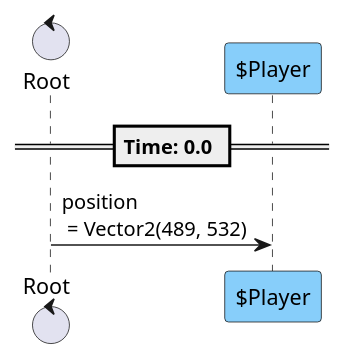
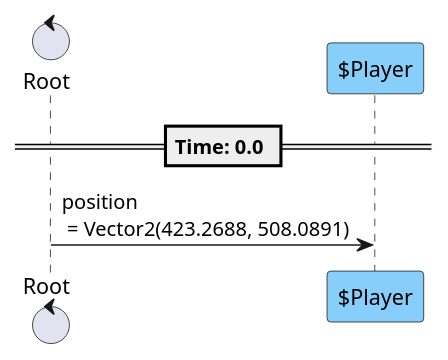
The second of 8 diagrams in content/scenes/src/chapters/0/stages/0/stage_0.tscn.adoc (tkmfujise/Platformer-Game-Learning), drawn with PlantUML before and after one commit. The commit also changed other lines of this file and 292 other files, not shown here.

```diff
--- a/content/scenes/src/chapters/0/stages/0/stage_0.tscn.adoc
+++ b/content/scenes/src/chapters/0/stages/0/stage_0.tscn.adoc
@@ -455,12 +455,12 @@
 [plantuml]
 ....
 control "Root" as R
 participant "$Player" as T0 #87CEFA
 
 
 
 == Time: 0.0 ==
-R  ->  T0 : position\n = Vector2(489, 532)
+R  ->  T0 : position\n = Vector2(423.2688, 508.0891)
 
 
 ....
```
